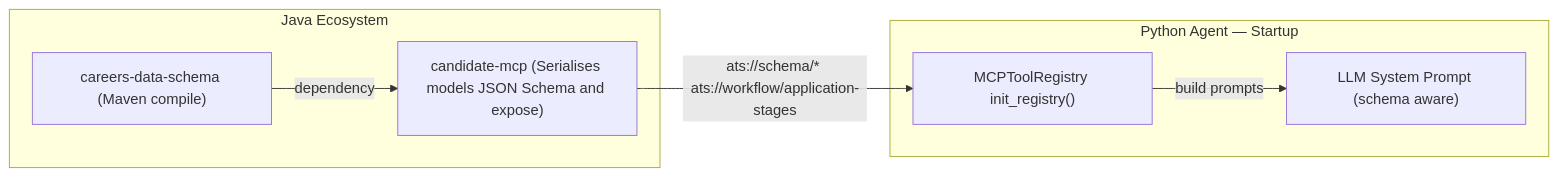
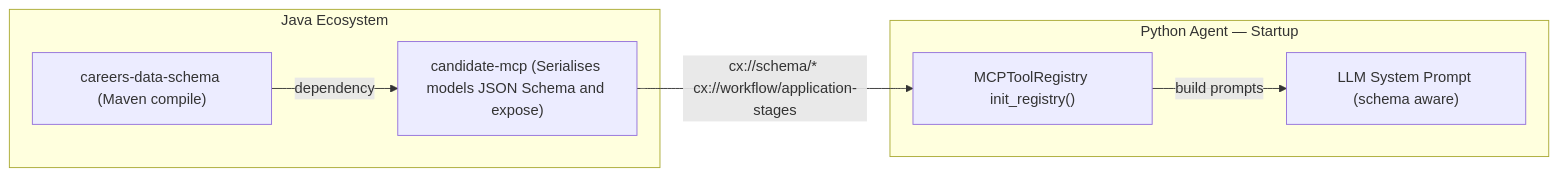
Before and after one commit to venkat-raman17/candidate-agent: diagram 13 of 31 in LLD_POST_APPLY_ASSISTANT.md, drawn with Mermaid. The commit also changed other lines of this file, not shown here.

````diff
--- a/LLD_POST_APPLY_ASSISTANT.md
+++ b/LLD_POST_APPLY_ASSISTANT.md
@@ -864,19 +864,19 @@
 ```mermaid
 flowchart LR
     subgraph "Java Ecosystem"
         CDS["careers-data-schema (Maven compile)"]
 
         CMCP["candidate-mcp (Serialises models JSON Schema and expose)"]
 
         CDS -->|"dependency"| CMCP
     end
 
     subgraph "Python Agent — Startup"
         REG["MCPToolRegistry init_registry()"]
         LLM["LLM System Prompt (schema aware)"]
 
         REG -->|"build prompts"| LLM
     end
 
-    CMCP -->|"ats://schema/* ats://workflow/application-stages"| REG
+    CMCP -->|"cx://schema/* cx://workflow/application-stages"| REG
 ```
````
